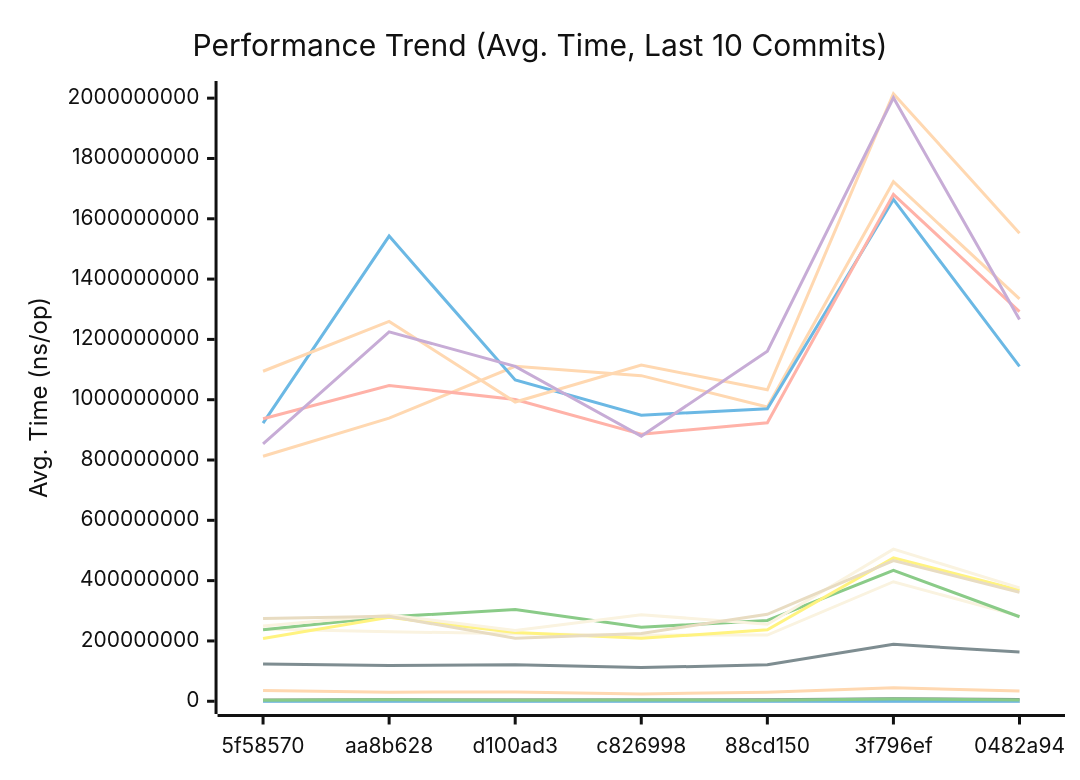
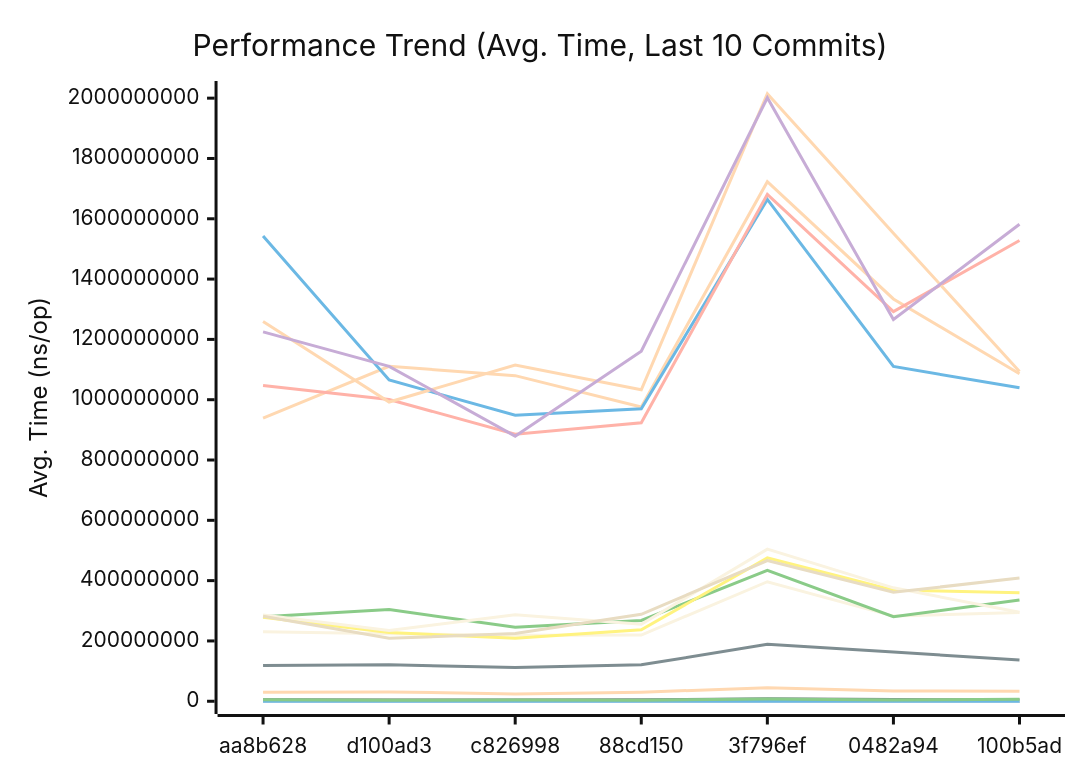
Before and after one commit to alsotoes/momo: the first of 3 diagrams in docs/PERFORMANCE.md, drawn with Mermaid (neutral theme). The commit also changed other lines of this file and 95 other files, not shown here.

````diff
--- a/docs/PERFORMANCE.md
+++ b/docs/PERFORMANCE.md
@@ -252,42 +252,42 @@
 ```mermaid
 xychart-beta
     title "Performance Trend (Avg. Time, Last 10 Commits)"
     x-axis "Commit"
     y-axis "Avg. Time (ns/op)"
-    x-axis [5f58570,aa8b628,d100ad3,c826998,88cd150,3f796ef,0482a94]
-    line "AWSChunkedReaderSigned" [468904,508062,513734,453907,508785,905557,534318,636346,690357,622918]
-    line "AWSChunkedReaderUnsigned" [459580,513068,555370,434075,493616,894454,593403,613680,684347,616129]
-    line "CheckMetricsAndSwap" [8,10,10,10,9,15,11,13,14,14]
-    line "CrushOptimized" [324,395,388,377,359,624,439,383,433,463]
-    line "CrushOriginal" [424,500,510,457,482,891,591,678,598,642]
-    line "FormatListObjectsV2XML_AppendFormat" [632895,781453,825885,607733,755798,1466071,913648,876655,1035620,900618]
-    line "FormatListObjectsV2XML_OldFormat" [392685,437988,457438,384420,452349,876006,527726,499237,554225,498654]
-    line "HashBytes/1MiB" [3455198,4083758,3234966,3413080,3456264,5810430,3924626,3806841,4997033,4520322]
-    line "HashBytes/256MiB" [812286372,938923522,1110812216,1079738977,975610814,1722861401,1334138916,1086104803,1161959394,1081431052]
-    line "HashBytes/64MiB" [239861268,230821474,223678991,219197938,219466744,396388379,282406448,294324496,253497415,254442334]
-    line "HashFile/1MiB" [3866812,3929226,4016890,4018511,4015638,6883319,4730225,4355866,5020414,4836717]
-    line "HashFile/256MiB" [922386758,1542681975,1065256239,948781835,970019312,1664168720,1110334520,1039461142,1402967574,1130963414]
-    line "HashFile/64MiB" [236988193,279832912,304125965,245379512,268034657,434196622,280320210,335648128,350050718,282645449]
-    line "IndexDirectTracking" [0,0,1,0,0,1,1,0,1,1]
-    line "IndexSearch" [3,3,3,2,2,4,2,2,3,2]
-    line "LoadGlobalConfig" [9135,11430,10521,10213,10358,20717,13477,12586,12915,11283]
-    line "LocalWrite/1MiB" [535333,623012,523182,386063,1014308,861821,620083,533203,606315,575526]
-    line "LocalWrite/256MiB" [123322682,118227363,120742842,111644085,120805038,188719012,163107200,137014284,135157963,132539343]
-    line "LocalWrite/64MiB" [35686954,30222165,31091015,24172266,30061816,44391316,34009604,32925149,33266024,33235605]
-    line "PadString" [47,91,57,43,54,108,74,66,65,63]
+    x-axis [aa8b628,d100ad3,c826998,88cd150,3f796ef,0482a94,100b5ad]
+    line "AWSChunkedReaderSigned" [508062,513734,453907,508785,905557,534318,636346,690357,622918,512707]
+    line "AWSChunkedReaderUnsigned" [513068,555370,434075,493616,894454,593403,613680,684347,616129,457742]
+    line "CheckMetricsAndSwap" [10,10,10,9,15,11,13,14,14,10]
+    line "CrushOptimized" [395,388,377,359,624,439,383,433,463,354]
+    line "CrushOriginal" [500,510,457,482,891,591,678,598,642,502]
+    line "FormatListObjectsV2XML_AppendFormat" [781453,825885,607733,755798,1466071,913648,876655,1035620,900618,648718]
+    line "FormatListObjectsV2XML_OldFormat" [437988,457438,384420,452349,876006,527726,499237,554225,498654,406141]
+    line "HashBytes/1MiB" [4083758,3234966,3413080,3456264,5810430,3924626,3806841,4997033,4520322,3555390]
+    line "HashBytes/256MiB" [938923522,1110812216,1079738977,975610814,1722861401,1334138916,1086104803,1161959394,1081431052,798133130]
+    line "HashBytes/64MiB" [230821474,223678991,219197938,219466744,396388379,282406448,294324496,253497415,254442334,225124511]
+    line "HashFile/1MiB" [3929226,4016890,4018511,4015638,6883319,4730225,4355866,5020414,4836717,3959247]
+    line "HashFile/256MiB" [1542681975,1065256239,948781835,970019312,1664168720,1110334520,1039461142,1402967574,1130963414,1055197690]
+    line "HashFile/64MiB" [279832912,304125965,245379512,268034657,434196622,280320210,335648128,350050718,282645449,218474314]
+    line "IndexDirectTracking" [0,1,0,0,1,1,0,1,1,0]
+    line "IndexSearch" [3,3,2,2,4,2,2,3,2,2]
+    line "LoadGlobalConfig" [11430,10521,10213,10358,20717,13477,12586,12915,11283,9939]
+    line "LocalWrite/1MiB" [623012,523182,386063,1014308,861821,620083,533203,606315,575526,474416]
+    line "LocalWrite/256MiB" [118227363,120742842,111644085,120805038,188719012,163107200,137014284,135157963,132539343,118094125]
+    line "LocalWrite/64MiB" [30222165,31091015,24172266,30061816,44391316,34009604,32925149,33266024,33235605,33404598]
+    line "PadString" [91,57,43,54,108,74,66,65,63,47]
     line "ParseReplicationOrder_NoPrealloc" [350,349,357,354,345,225,229,165,232,234]
     line "ParseReplicationOrder_Prealloc" [229,231,237,234,229,108,107,80,110,109]
-    line "Placement" [4818,5406,5565,5457,4982,9769,7169,6982,6435,6648]
-    line "PlacementDomainSpread" [5072,5712,5726,5715,5363,10254,7367,6165,7125,6936]
-    line "ReadVerify/1MiB" [4158622,4423216,3880705,3695998,3063023,6669899,5893653,4349552,4844958,4821081]
-    line "ReadVerify/256MiB" [936726754,1047336519,1000480549,885690851,923410779,1681161525,1292102083,1527966144,1208865206,1079520105]
-    line "ReadVerify/64MiB" [208430448,278276063,227817182,208677144,236746582,475503443,368423405,360046306,301883250,211152290]
-    line "S3PutSpool/1MiB" [3725511,4622411,4130137,3968364,5120338,8098804,5792248,4040951,5594802,4971787]
-    line "S3PutSpool/256MiB" [1094320670,1259669614,992342042,1114984906,1033132692,2014620633,1552306291,1093403586,1746985899,1161989262]
-    line "S3PutSpool/64MiB" [249542876,286259711,234949006,287125834,255515959,504549456,376146327,294844128,391765533,283817898]
-    line "SanitizeLog/Safe" [246,264,286,222,310,494,332,277,365,264]
-    line "SanitizeLog/Unsafe" [741,900,848,591,715,1256,854,1098,1183,1013]
-    line "TrustedRead/1MiB" [3629261,4639890,3222989,4353885,3601064,7771585,4314592,6674262,5737318,4407789]
-    line "TrustedRead/256MiB" [853259220,1225064259,1110598924,879089092,1160948664,2001362379,1265914846,1581862210,1346158360,1079106743]
-    line "TrustedRead/64MiB" [274674598,281874202,208613545,224760418,288480214,466675929,361331755,408809763,349215436,302381501]
+    line "Placement" [5406,5565,5457,4982,9769,7169,6982,6435,6648,4864]
+    line "PlacementDomainSpread" [5712,5726,5715,5363,10254,7367,6165,7125,6936,5246]
+    line "ReadVerify/1MiB" [4423216,3880705,3695998,3063023,6669899,5893653,4349552,4844958,4821081,3882918]
+    line "ReadVerify/256MiB" [1047336519,1000480549,885690851,923410779,1681161525,1292102083,1527966144,1208865206,1079520105,1058504265]
+    line "ReadVerify/64MiB" [278276063,227817182,208677144,236746582,475503443,368423405,360046306,301883250,211152290,244603172]
+    line "S3PutSpool/1MiB" [4622411,4130137,3968364,5120338,8098804,5792248,4040951,5594802,4971787,5964641]
+    line "S3PutSpool/256MiB" [1259669614,992342042,1114984906,1033132692,2014620633,1552306291,1093403586,1746985899,1161989262,1392397511]
+    line "S3PutSpool/64MiB" [286259711,234949006,287125834,255515959,504549456,376146327,294844128,391765533,283817898,367879613]
+    line "SanitizeLog/Safe" [264,286,222,310,494,332,277,365,264,226]
+    line "SanitizeLog/Unsafe" [900,848,591,715,1256,854,1098,1183,1013,768]
+    line "TrustedRead/1MiB" [4639890,3222989,4353885,3601064,7771585,4314592,6674262,5737318,4407789,4777459]
+    line "TrustedRead/256MiB" [1225064259,1110598924,879089092,1160948664,2001362379,1265914846,1581862210,1346158360,1079106743,1430194708]
+    line "TrustedRead/64MiB" [281874202,208613545,224760418,288480214,466675929,361331755,408809763,349215436,302381501,362734452]
 ```
````
